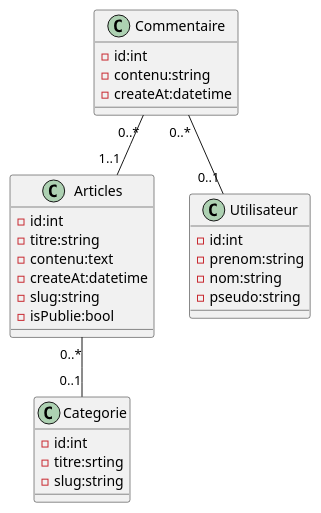
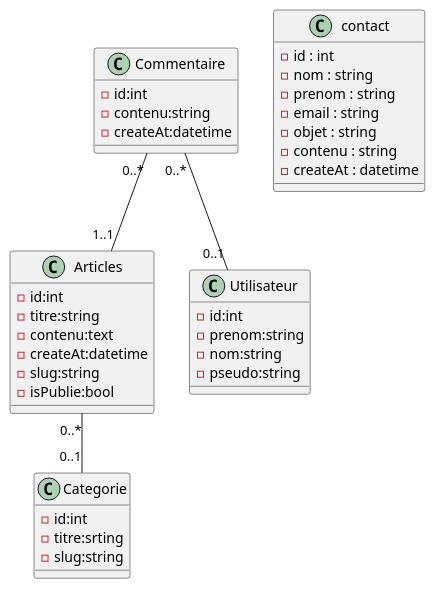
The diagram in documentation/diagrammeClassArticle.puml (Zaldaf/tpLamyBlog), drawn with PlantUML before and after one commit. The commit also changed 13 other files, not shown here.

```diff
--- a/documentation/diagrammeClassArticle.puml
+++ b/documentation/diagrammeClassArticle.puml
@@ -1,33 +1,42 @@
 @startuml
 'https://plantuml.com/class-diagram
 class Articles{
     -id:int
     -titre:string
     -contenu:text
     -createAt:datetime
     -slug:string
     -isPublie:bool
 }
 
 class Categorie{
     -id:int
     -titre:srting
     -slug:string
 }
 
 class Utilisateur{
     -id:int
     -prenom:string
     -nom:string
     -pseudo:string
 }
 class Commentaire{
     -id:int
     -contenu:string
     -createAt:datetime
 }
+class contact{
+    -id : int
+    -nom : string
+    -prenom : string
+    -email : string
+    -objet : string
+    -contenu : string
+    -createAt : datetime
+}
 Articles "0..*"--"0..1"Categorie
 Commentaire "0..*"--"1..1" Articles
 Commentaire "0..*"--"0..1" Utilisateur
 
 @enduml
```
